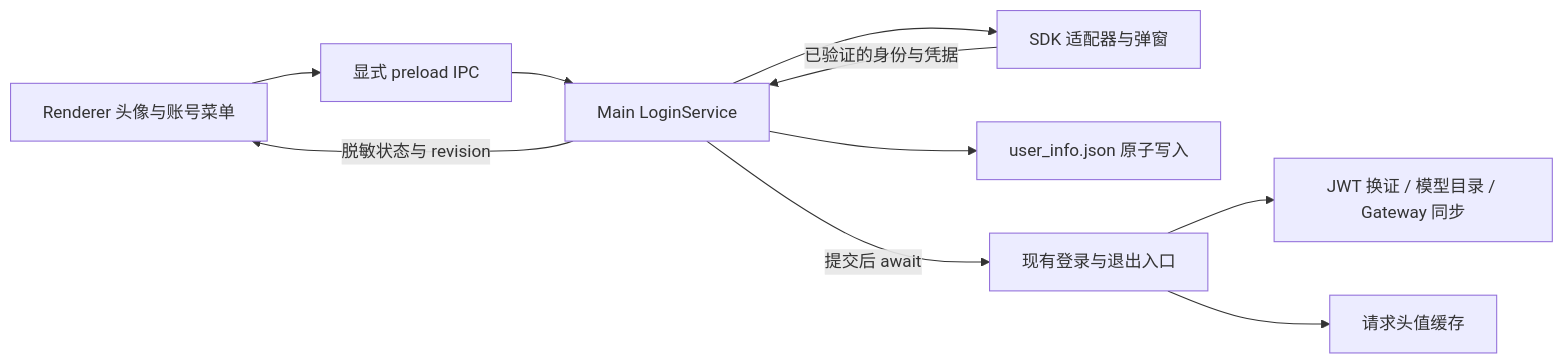
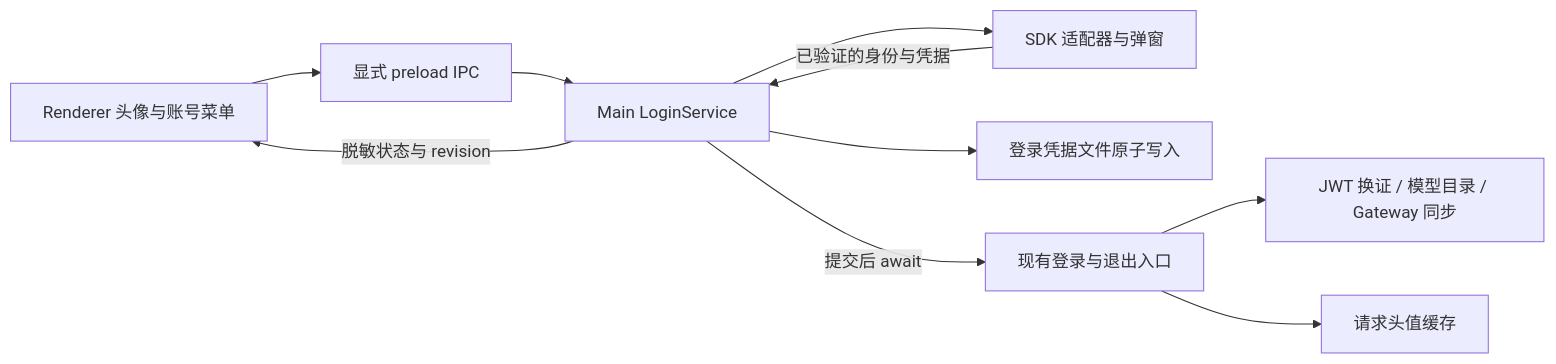
Before and after one commit to liangxhao/JustDo: the diagram in docs/features/integrations/login-sdk-template.md, drawn with Mermaid. The commit also changed other lines of this file and 70 other files, not shown here.

Commit message:
docs: reorganize architecture, features, and plans

````diff
--- a/docs/features/integrations/login-sdk-template.md
+++ b/docs/features/integrations/login-sdk-template.md
@@ -20,12 +24,12 @@
 ```mermaid
 flowchart LR
   UI[Renderer 头像与账号菜单] --> Bridge[显式 preload IPC]
   Bridge --> Service[Main LoginService]
   Service --> SDK[SDK 适配器与弹窗]
   SDK -->|已验证的身份与凭据| Service
-  Service --> File[user_info.json 原子写入]
+  Service --> File[登录凭据文件原子写入]
   Service -->|提交后 await| Hooks[现有登录与退出入口]
   Hooks --> Models[JWT 换证 / 模型目录 / Gateway 同步]
   Hooks --> Headers[请求头值缓存]
   Service -->|脱敏状态与 revision| UI
 ```
````
